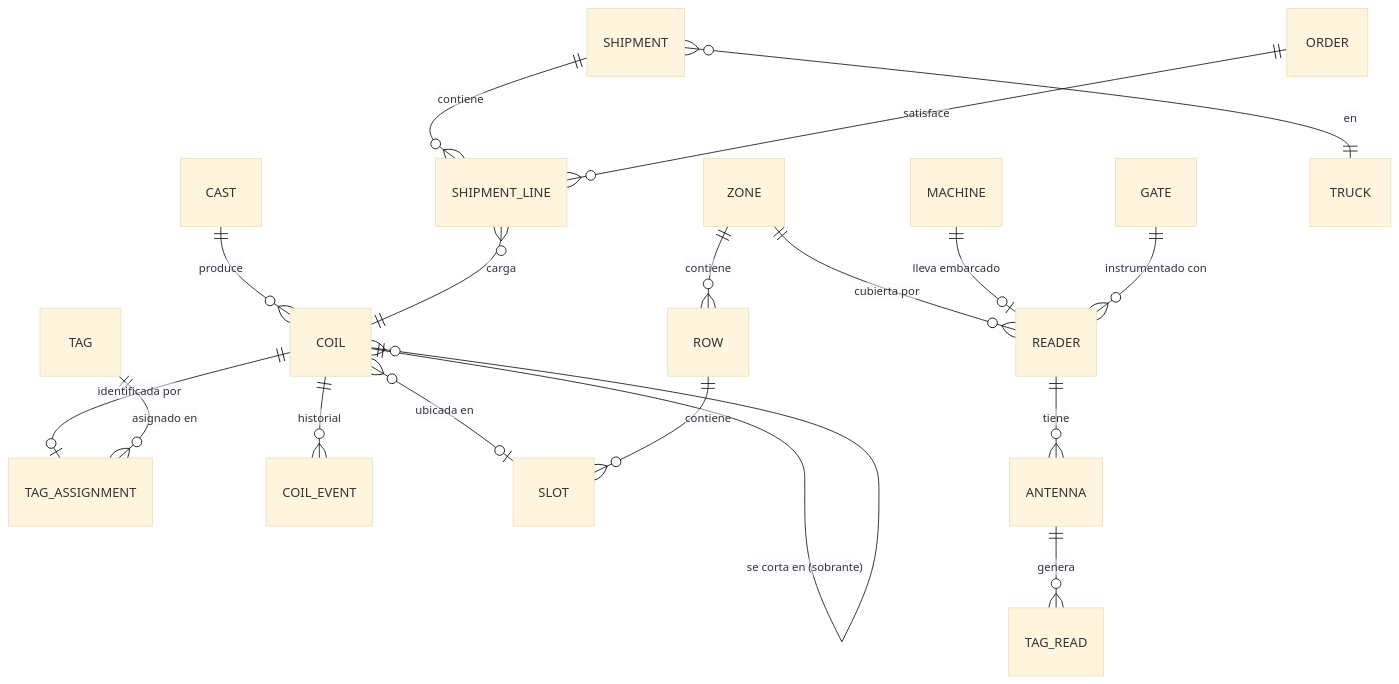
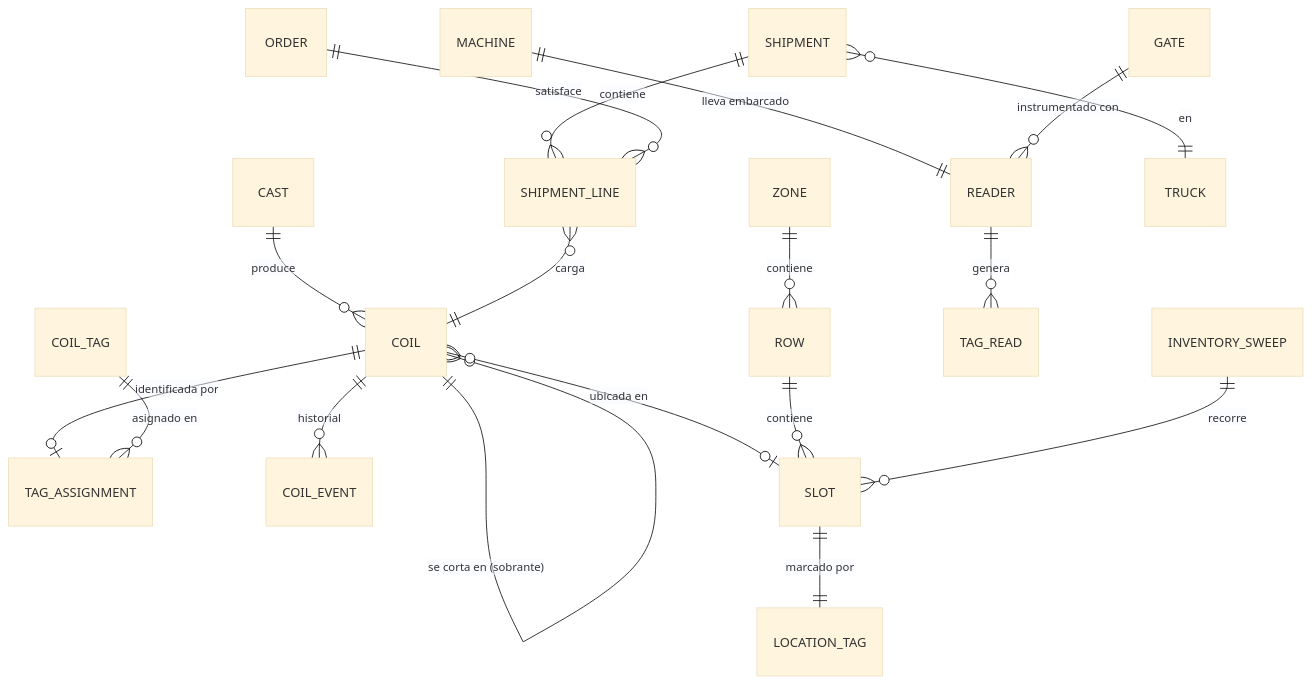
Before and after one commit to iburquijo/colados: the first of 2 diagrams in docs/01-dominio.md, drawn with Mermaid (base theme). The commit also changed other lines of this file and 10 other files, not shown here.

````diff
--- a/docs/01-dominio.md
+++ b/docs/01-dominio.md
@@ -47,20 +48,20 @@
 ```mermaid
 erDiagram
     CAST ||--o{ COIL : produce
     COIL ||--o{ COIL : "se corta en (sobrante)"
     COIL ||--o| TAG_ASSIGNMENT : "identificada por"
-    TAG ||--o{ TAG_ASSIGNMENT : "asignado en"
+    COIL_TAG ||--o{ TAG_ASSIGNMENT : "asignado en"
     COIL ||--o{ COIL_EVENT : "historial"
     COIL }o--o| SLOT : "ubicada en"
     ZONE ||--o{ ROW : contiene
     ROW ||--o{ SLOT : contiene
-    ZONE ||--o{ READER : "cubierta por"
-    MACHINE ||--o| READER : "lleva embarcado"
+    SLOT ||--|| LOCATION_TAG : "marcado por"
+    MACHINE ||--|| READER : "lleva embarcado"
     GATE ||--o{ READER : "instrumentado con"
-    READER ||--o{ ANTENNA : tiene
-    ANTENNA ||--o{ TAG_READ : genera
+    READER ||--o{ TAG_READ : genera
+    INVENTORY_SWEEP ||--o{ SLOT : recorre
     SHIPMENT ||--o{ SHIPMENT_LINE : contiene
     SHIPMENT_LINE }o--|| COIL : carga
     SHIPMENT }o--|| TRUCK : "en"
     ORDER ||--o{ SHIPMENT_LINE : satisface
 ```
````
